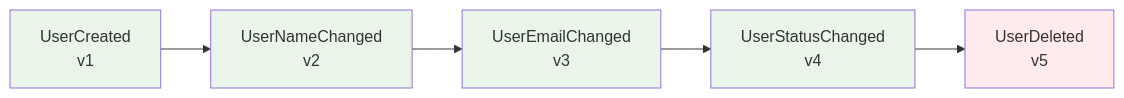
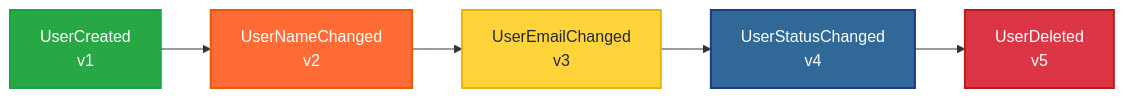
Before and after one commit to anmarkoulis/event-sourcing: the diagram in docs/presentation/diagrams/source/event-stream-sequence.mmd, drawn with Mermaid. The commit also changed 4 other files, not shown here.

```diff
--- a/docs/presentation/diagrams/source/event-stream-sequence.mmd
+++ b/docs/presentation/diagrams/source/event-stream-sequence.mmd
@@ -1,11 +1,11 @@
 graph LR
     A[UserCreated<br/>v1] --> B[UserNameChanged<br/>v2]
     B --> C[UserEmailChanged<br/>v3]
     C --> D[UserStatusChanged<br/>v4]
     D --> E[UserDeleted<br/>v5]
 
-    style A fill:#e8f5e8
-    style B fill:#e8f5e8
-    style C fill:#e8f5e8
-    style D fill:#e8f5e8
-    style E fill:#ffebee
+    style A fill:#28A745,stroke:#16a34a,stroke-width:2px,color:#ffffff
+    style B fill:#FF6B35,stroke:#ea580c,stroke-width:2px,color:#ffffff
+    style C fill:#FFD43B,stroke:#eab308,stroke-width:2px,color:#1f2937
+    style D fill:#306998,stroke:#1e3a8a,stroke-width:2px,color:#ffffff
+    style E fill:#DC3545,stroke:#b91c1c,stroke-width:2px,color:#ffffff
```
